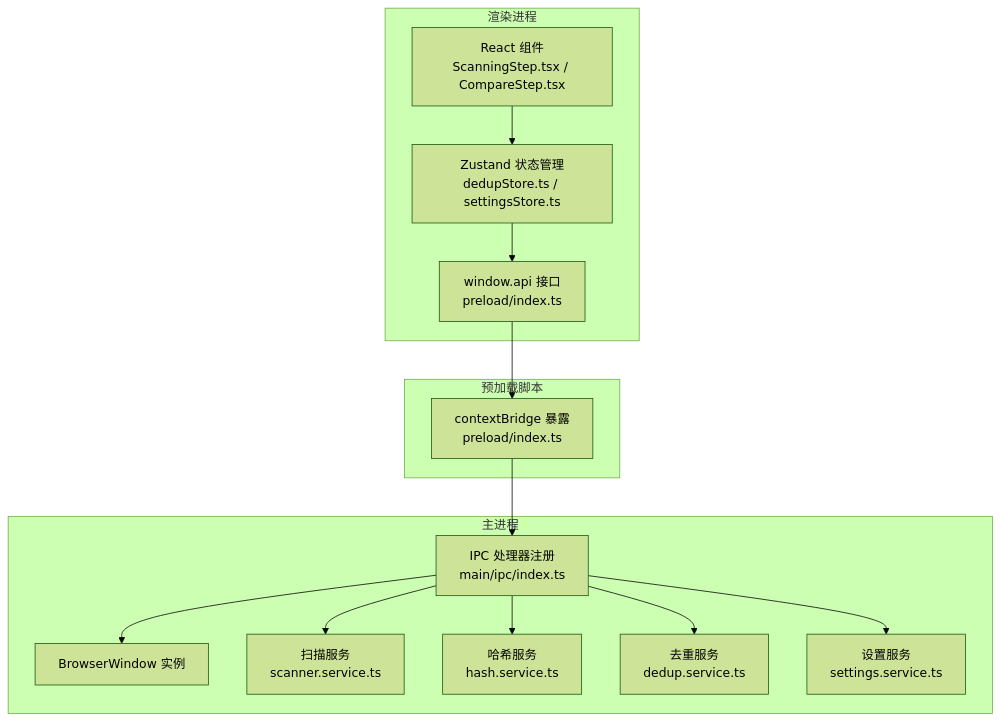
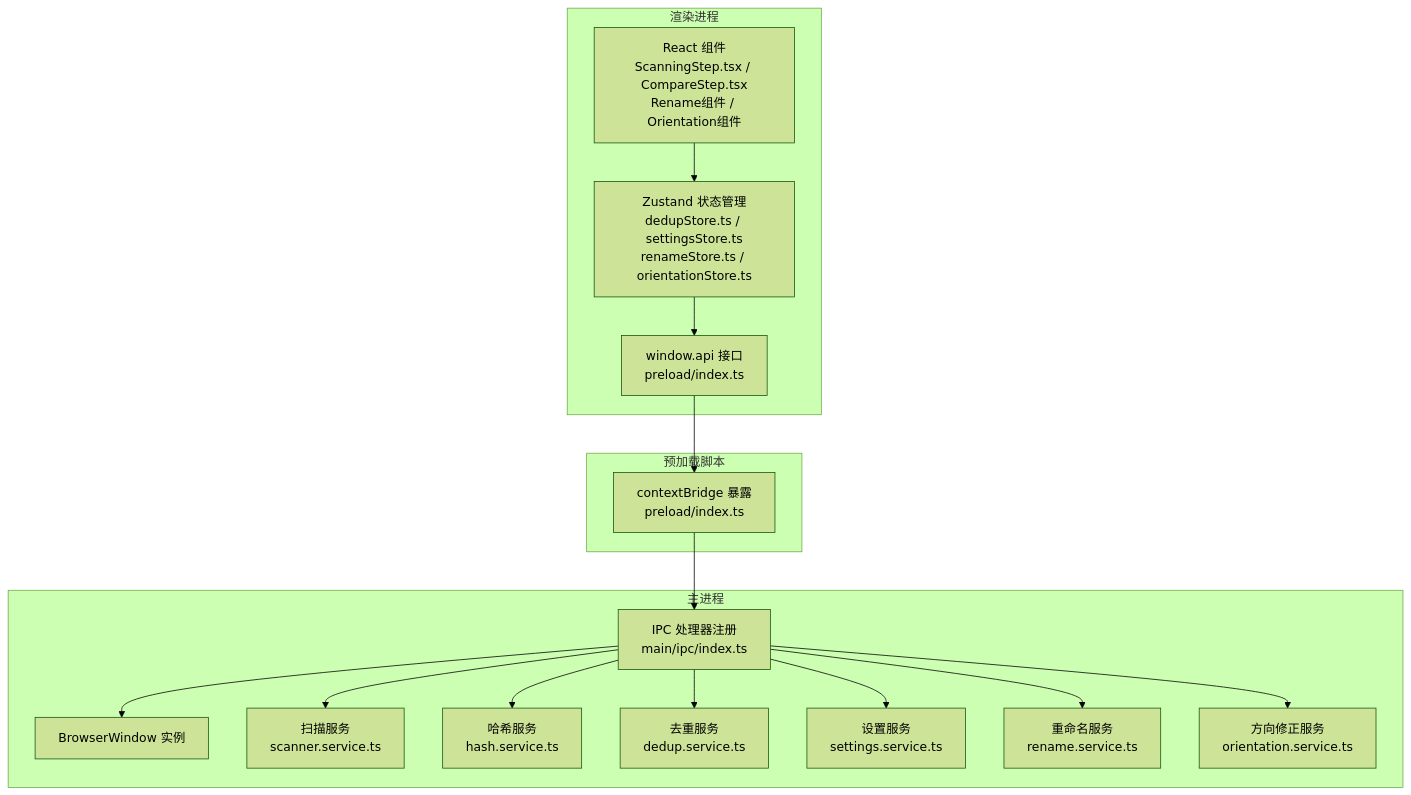
One commit to remgasuki/ReDoPhoto changed the first of 10 diagrams in .qoder/repowiki/zh/content/IPC通信层/IPC通信层.md. Above: the diagram before and after it, drawn with Mermaid (forest theme). The commit also changed other lines of this file and 10 other files, not shown here.

````diff
--- a/.qoder/repowiki/zh/content/IPC通信层/IPC通信层.md
+++ b/.qoder/repowiki/zh/content/IPC通信层/IPC通信层.md
@@ -47,28 +60,32 @@
 ```mermaid
 graph TB
 subgraph "渲染进程"
-R_UI["React 组件<br/>ScanningStep.tsx / CompareStep.tsx"]
-R_STORE["Zustand 状态管理<br/>dedupStore.ts / settingsStore.ts"]
+R_UI["React 组件<br/>ScanningStep.tsx / CompareStep.tsx<br/>Rename组件 / Orientation组件"]
+R_STORE["Zustand 状态管理<br/>dedupStore.ts / settingsStore.ts<br/>renameStore.ts / orientationStore.ts"]
 R_API["window.api 接口<br/>preload/index.ts"]
 end
 subgraph "预加载脚本"
 P_BRIDGE["contextBridge 暴露<br/>preload/index.ts"]
 end
 subgraph "主进程"
 M_IPC["IPC 处理器注册<br/>main/ipc/index.ts"]
 M_WIN["BrowserWindow 实例"]
 S_SCAN["扫描服务<br/>scanner.service.ts"]
 S_HASH["哈希服务<br/>hash.service.ts"]
 S_DEDUP["去重服务<br/>dedup.service.ts"]
 S_SET["设置服务<br/>settings.service.ts"]
+S_RENAME["重命名服务<br/>rename.service.ts"]
+S_ORIENT["方向修正服务<br/>orientation.service.ts"]
 end
 R_UI --> R_STORE
 R_STORE --> R_API
 R_API --> P_BRIDGE
 P_BRIDGE --> M_IPC
 M_IPC --> M_WIN
 M_IPC --> S_SCAN
 M_IPC --> S_HASH
 M_IPC --> S_DEDUP
 M_IPC --> S_SET
+M_IPC --> S_RENAME
+M_IPC --> S_ORIENT
 ```
````
